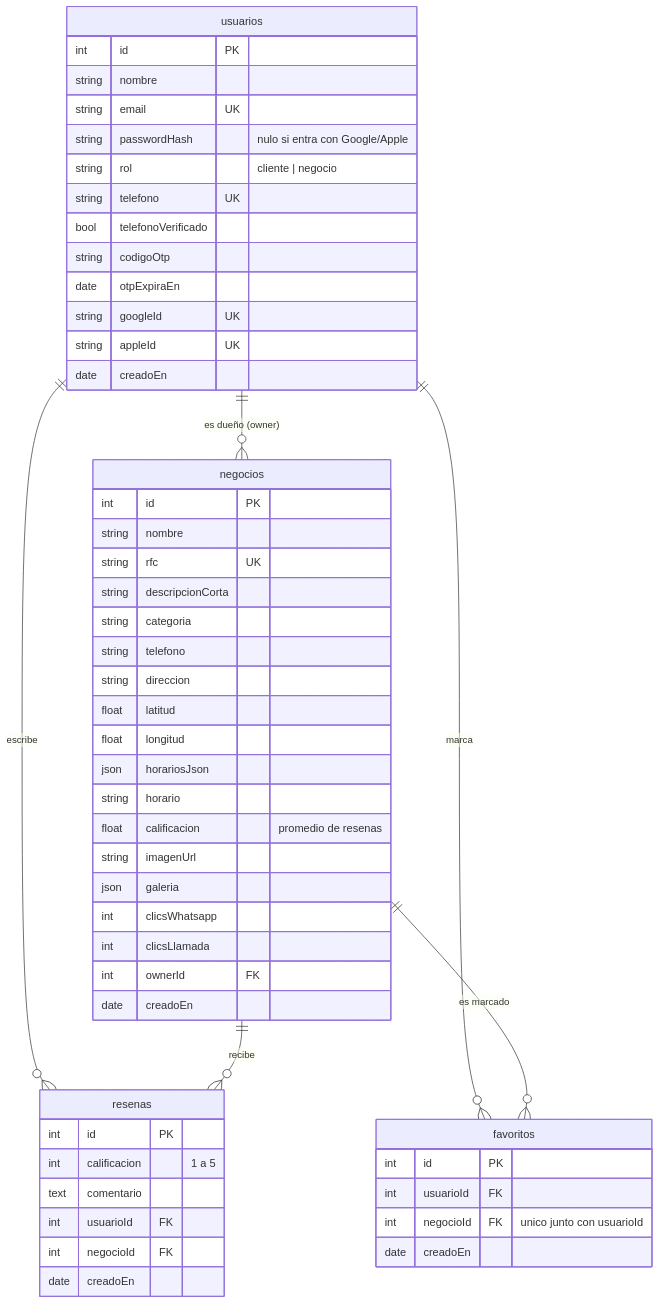
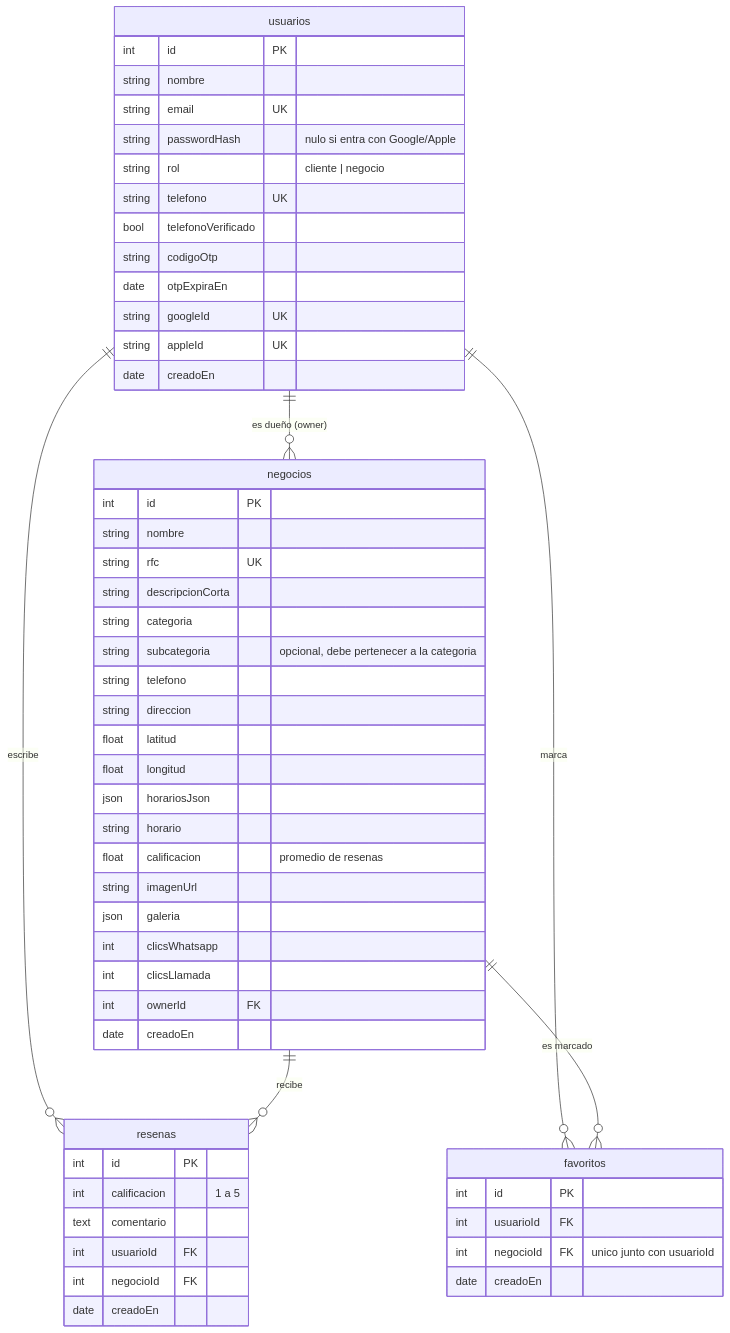
One commit to lonzo260703-design/Divika-APP-PRIME changed the diagram in docs/base-de-datos.md. Above: the diagram before and after it, drawn with Mermaid. The commit also changed 14 other files, not shown here.

````diff
--- a/docs/base-de-datos.md
+++ b/docs/base-de-datos.md
@@ -5,57 +5,58 @@
 ```mermaid
 erDiagram
   usuarios ||--o{ negocios : "es dueño (owner)"
   usuarios ||--o{ resenas : escribe
   negocios ||--o{ resenas : recibe
   usuarios ||--o{ favoritos : marca
   negocios ||--o{ favoritos : "es marcado"
 
   usuarios {
     int id PK
     string nombre
     string email UK
     string passwordHash "nulo si entra con Google/Apple"
     string rol "cliente | negocio"
     string telefono UK
     bool telefonoVerificado
     string codigoOtp
     date otpExpiraEn
     string googleId UK
     string appleId UK
     date creadoEn
   }
   negocios {
     int id PK
     string nombre
     string rfc UK
     string descripcionCorta
     string categoria
+    string subcategoria "opcional, debe pertenecer a la categoria"
     string telefono
     string direccion
     float latitud
     float longitud
     json horariosJson
     string horario
     float calificacion "promedio de resenas"
     string imagenUrl
     json galeria
     int clicsWhatsapp
     int clicsLlamada
     int ownerId FK
     date creadoEn
   }
   resenas {
     int id PK
     int calificacion "1 a 5"
     text comentario
     int usuarioId FK
     int negocioId FK
     date creadoEn
   }
   favoritos {
     int id PK
     int usuarioId FK
     int negocioId FK "unico junto con usuarioId"
     date creadoEn
   }
 ```
````
